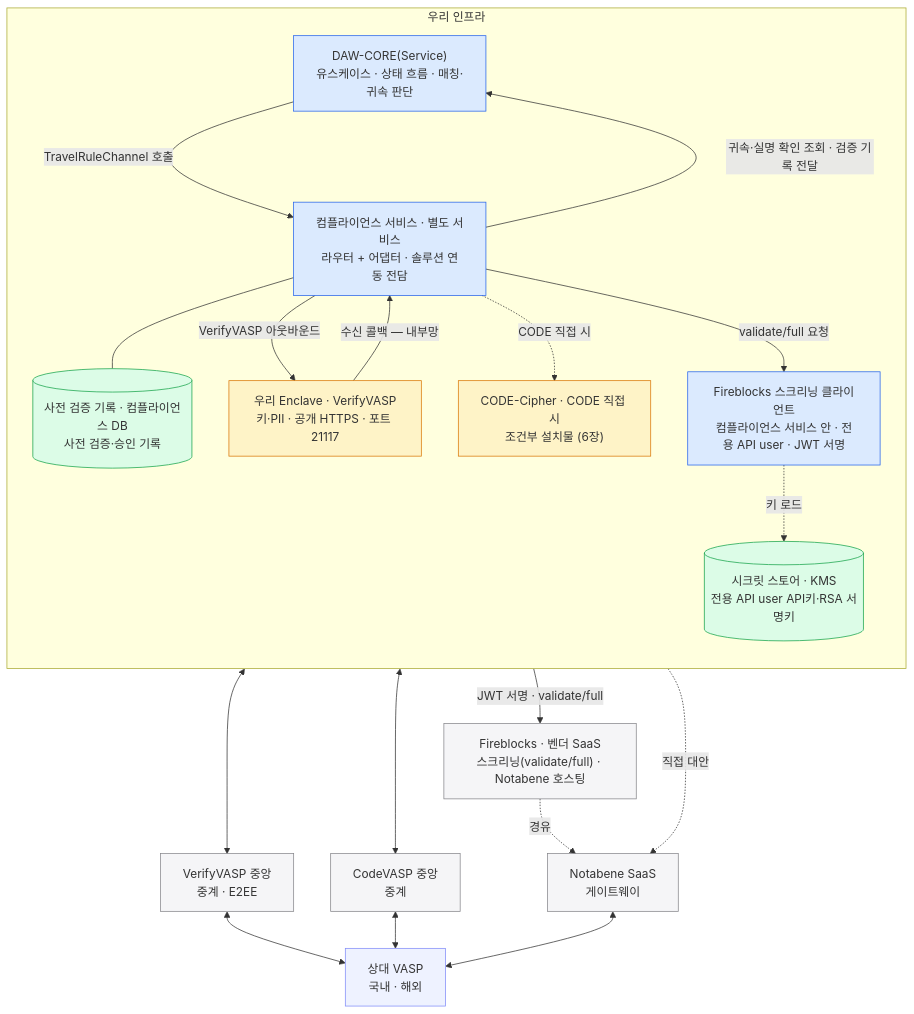
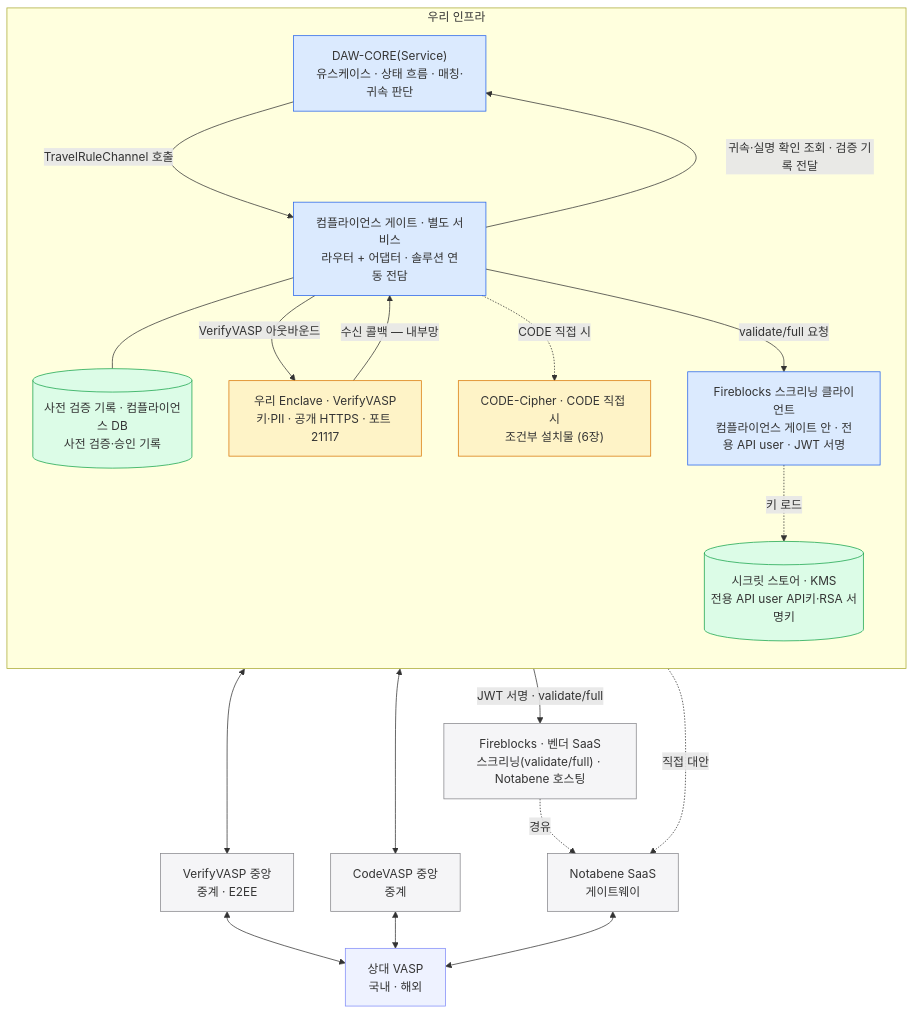
Before and after one commit to eunsujeo/eunpus: the diagram in blockchain-manager/docs/트래블룰/설계/12-physical-layout.md, drawn with Mermaid. The commit also changed other lines of this file and 47 other files, not shown here.

First line of the commit message:
웹훅 상세 설계 + BC 카테고리 개편 + ERD·시나리오 애니메이션 도구

````diff
--- a/blockchain-manager/docs/트래블룰/설계/12-physical-layout.md
+++ b/blockchain-manager/docs/트래블룰/설계/12-physical-layout.md
@@ -9,48 +9,48 @@
 ```mermaid
 flowchart TB
   subgraph OURS["우리 인프라"]
     direction TB
     SVC["DAW-CORE(Service)<br/>유스케이스 · 상태 흐름 · 매칭·귀속 판단"]
-    GATE["컴플라이언스 서비스 · 별도 서비스<br/>라우터 + 어댑터 · 솔루션 연동 전담"]
+    GATE["컴플라이언스 게이트 · 별도 서비스<br/>라우터 + 어댑터 · 솔루션 연동 전담"]
     WQ[("사전 검증 기록 · 컴플라이언스 DB<br/>사전 검증·승인 기록")]
-    FBCLI["Fireblocks 스크리닝 클라이언트<br/>컴플라이언스 서비스 안 · 전용 API user · JWT 서명"]
+    FBCLI["Fireblocks 스크리닝 클라이언트<br/>컴플라이언스 게이트 안 · 전용 API user · JWT 서명"]
     SEC[("시크릿 스토어 · KMS<br/>전용 API user API키·RSA 서명키")]
     EN["우리 Enclave · VerifyVASP<br/>키·PII · 공개 HTTPS · 포트 21117"]
     CC["CODE-Cipher · CODE 직접 시<br/>조건부 설치물 (6장)"]
   end
 
   HUB["VerifyVASP 중앙<br/>중계 · E2EE"]
   CV["CodeVASP 중앙<br/>중계"]
   NB["Notabene SaaS<br/>게이트웨이"]
   FB["Fireblocks · 벤더 SaaS<br/>스크리닝(validate/full) · Notabene 호스팅"]
   RVP["상대 VASP<br/>국내 · 해외"]
 
   SVC -->|TravelRuleChannel 호출| GATE
   GATE -->|귀속·실명 확인 조회 · 검증 기록 전달| SVC
   GATE --- WQ
   GATE -->|VerifyVASP 아웃바운드| EN
   GATE -.->|CODE 직접 시| CC
   GATE -->|validate/full 요청| FBCLI
   FBCLI -->|JWT 서명 · validate/full| FB
   FBCLI -.->|키 로드| SEC
   GATE -.->|직접 대안| NB
   EN -->|수신 콜백 — 내부망| GATE
 
   EN <--> HUB
   CC <--> CV
   FB -.->|경유| NB
   HUB <--> RVP
   CV <--> RVP
   NB <--> RVP
 
   classDef ours fill:#dbeafe,stroke:#2563eb;
   classDef store fill:#dcfce7,stroke:#16a34a;
   classDef selfhost fill:#fef3c7,stroke:#d97706;
   classDef vendor fill:#f5f5f7,stroke:#86868b;
   classDef chain fill:#eef2ff,stroke:#818cf8;
   class SVC,GATE,FBCLI ours
   class WQ,SEC,AR store
   class EN,CC selfhost
   class HUB,CV,NB,FB vendor
   class RVP chain
 ```
````
